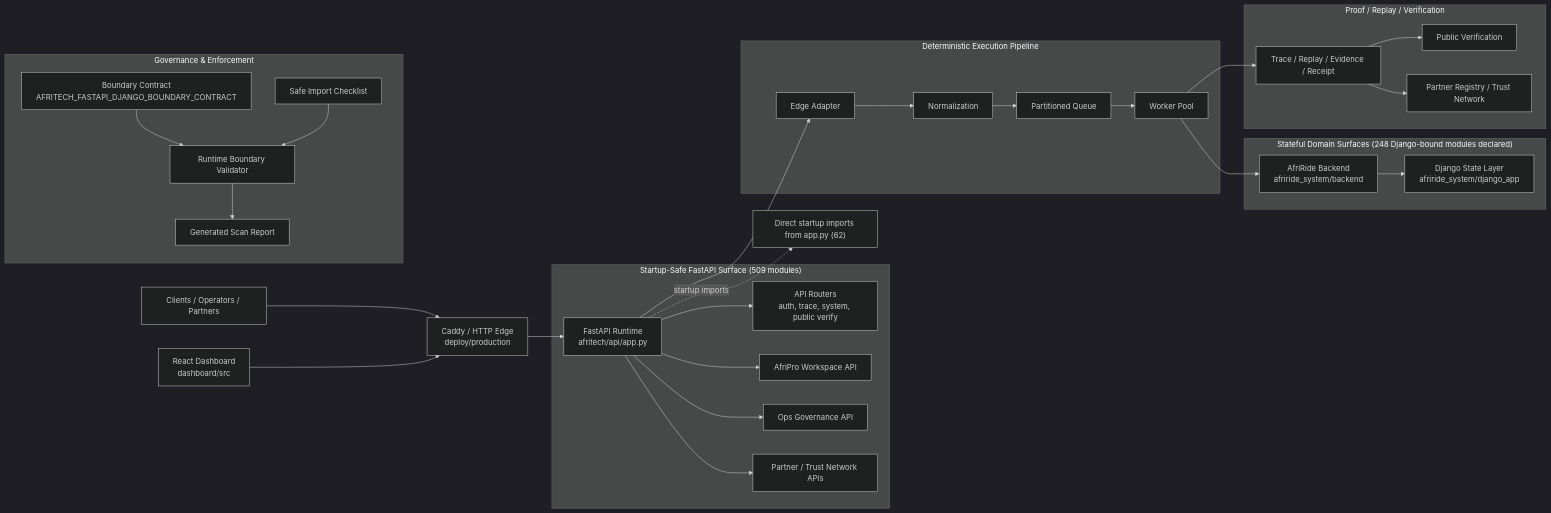
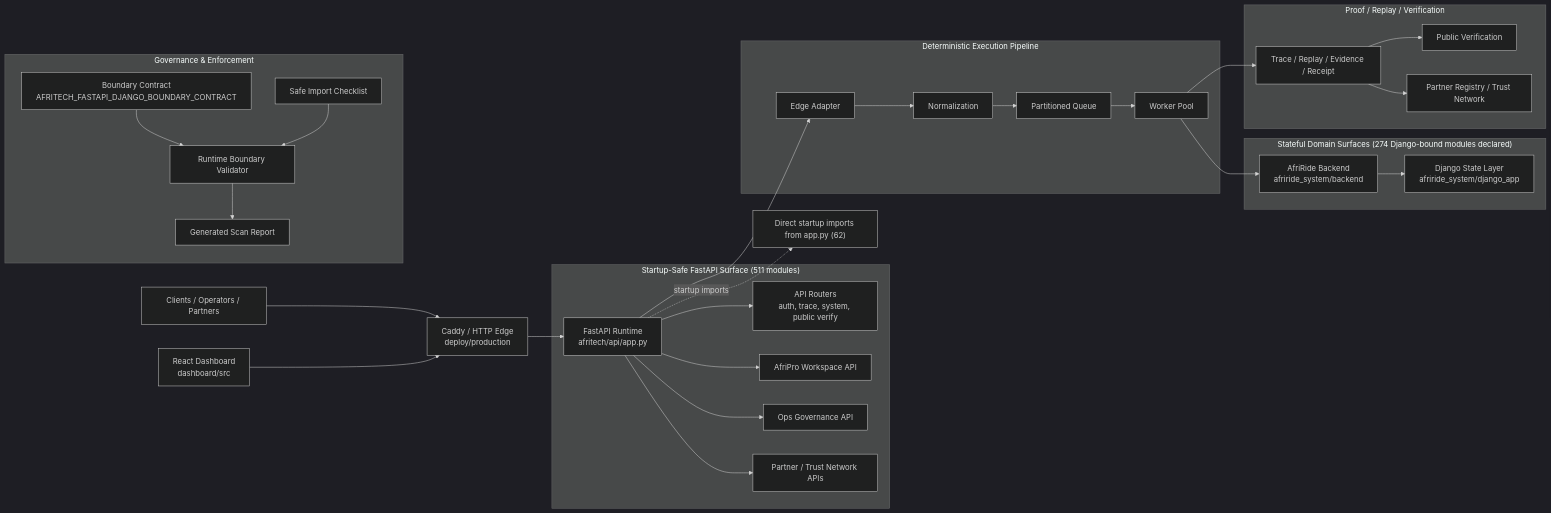
One commit to Strelly2023/afritelematics changed the first of 2 diagrams in docs/architecture/AFRITECH_FULL_ARCHITECTURE_GRAPH.md. Above: the diagram before and after it, drawn with Mermaid (dark theme). The commit also changed other lines of this file and 221 other files, not shown here.

````diff
--- a/docs/architecture/AFRITECH_FULL_ARCHITECTURE_GRAPH.md
+++ b/docs/architecture/AFRITECH_FULL_ARCHITECTURE_GRAPH.md
@@ -22,39 +22,39 @@
 ```mermaid
 flowchart LR
     Client["Clients / Operators / Partners"] --> Edge["Caddy / HTTP Edge\ndeploy/production"]
     Dashboard["React Dashboard\ndashboard/src"] --> Edge
     Edge --> App["FastAPI Runtime\nafritech/api/app.py"]
 
-    subgraph FastAPI["Startup-Safe FastAPI Surface (509 modules)"]
+    subgraph FastAPI["Startup-Safe FastAPI Surface (511 modules)"]
         App --> Api["API Routers\nauth, trace, system, public verify"]
         App --> Workspace["AfriPro Workspace API"]
         App --> Governance["Ops Governance API"]
         App --> Trust["Partner / Trust Network APIs"]
     end
 
     subgraph Pipeline["Deterministic Execution Pipeline"]
         App --> Adapt["Edge Adapter"]
         Adapt --> Normalize["Normalization"]
         Normalize --> Queue["Partitioned Queue"]
         Queue --> Worker["Worker Pool"]
     end
 
-    subgraph State["Stateful Domain Surfaces (248 Django-bound modules declared)"]
+    subgraph State["Stateful Domain Surfaces (274 Django-bound modules declared)"]
         Worker --> Domain["AfriRide Backend\nafriride_system/backend"]
         Domain --> Django["Django State Layer\nafriride_system/django_app"]
     end
 
     subgraph Proof["Proof / Replay / Verification"]
         Worker --> Trace["Trace / Replay / Evidence / Receipt"]
         Trace --> Public["Public Verification"]
         Trace --> Registry["Partner Registry / Trust Network"]
     end
 
     subgraph GovernancePlane["Governance & Enforcement"]
         Contract["Boundary Contract\nAFRITECH_FASTAPI_DJANGO_BOUNDARY_CONTRACT"] --> Validator["Runtime Boundary Validator"]
         Checklist["Safe Import Checklist"] --> Validator
         Validator --> Review["Generated Scan Report"]
     end
 
     App -. startup imports .-> Imports["Direct startup imports from app.py (62)"]
 ```
````
